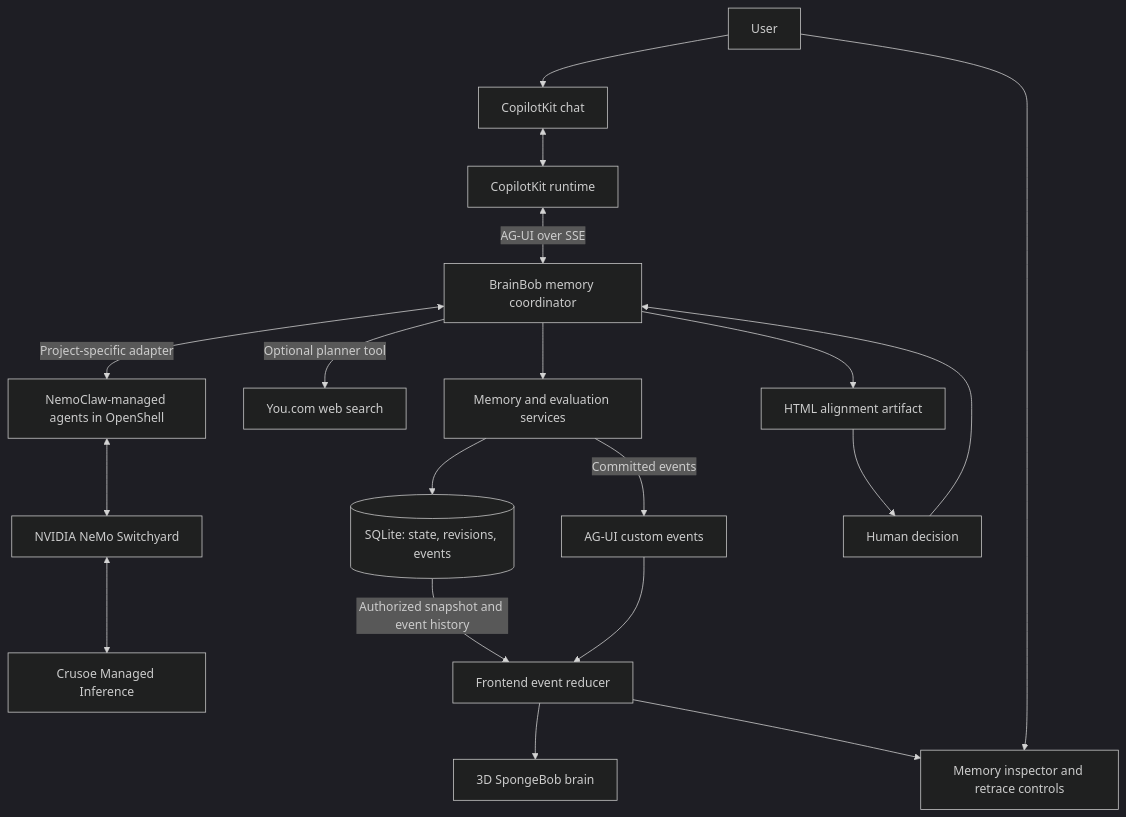
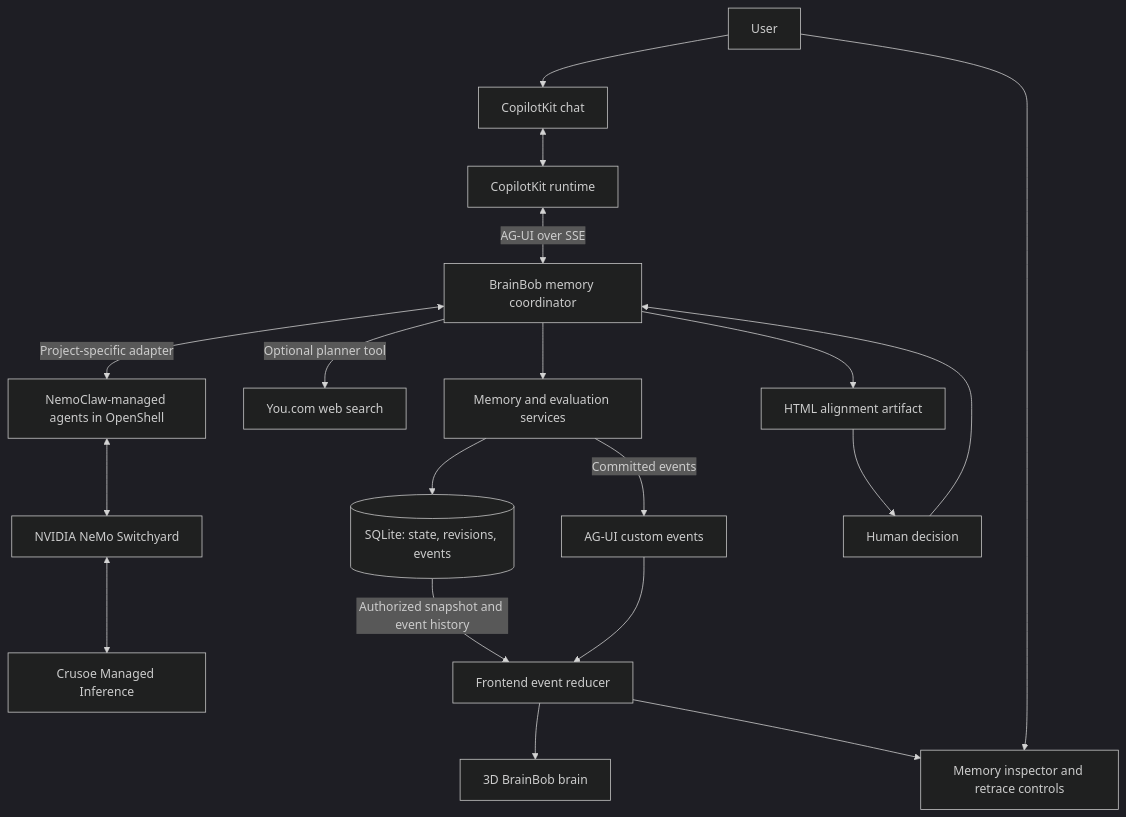
The diagram in docs/architecture.md (jerelvelarde/BrainBob), drawn with Mermaid (dark theme) before and after one commit. The commit also changed other lines of this file and 8 other files, not shown here.

````diff
--- a/docs/architecture.md
+++ b/docs/architecture.md
@@ -42,21 +42,21 @@
 ```mermaid
 flowchart TD
     User[User] --> Chat[CopilotKit chat]
     User --> Inspect[Memory inspector and retrace controls]
     Chat <--> Runtime[CopilotKit runtime]
     Runtime <-->|AG-UI over SSE| Agent[BrainBob memory coordinator]
     Agent <-->|Project-specific adapter| Harness[NemoClaw-managed agents in OpenShell]
     Harness <--> Router[NVIDIA NeMo Switchyard]
     Router <--> Crusoe[Crusoe Managed Inference]
     Agent -->|Optional planner tool| Research[You.com web search]
     Agent --> Tools[Memory and evaluation services]
     Tools --> DB[(SQLite: state, revisions, events)]
     Tools -->|Committed events| Stream[AG-UI custom events]
     Stream --> Projection[Frontend event reducer]
     DB -->|Authorized snapshot and event history| Projection
-    Projection --> Brain[3D SpongeBob brain]
+    Projection --> Brain[3D BrainBob brain]
     Projection --> Inspect
     Agent --> Plan[HTML alignment artifact]
     Plan --> Approval[Human decision]
     Approval --> Agent
 ```
````
